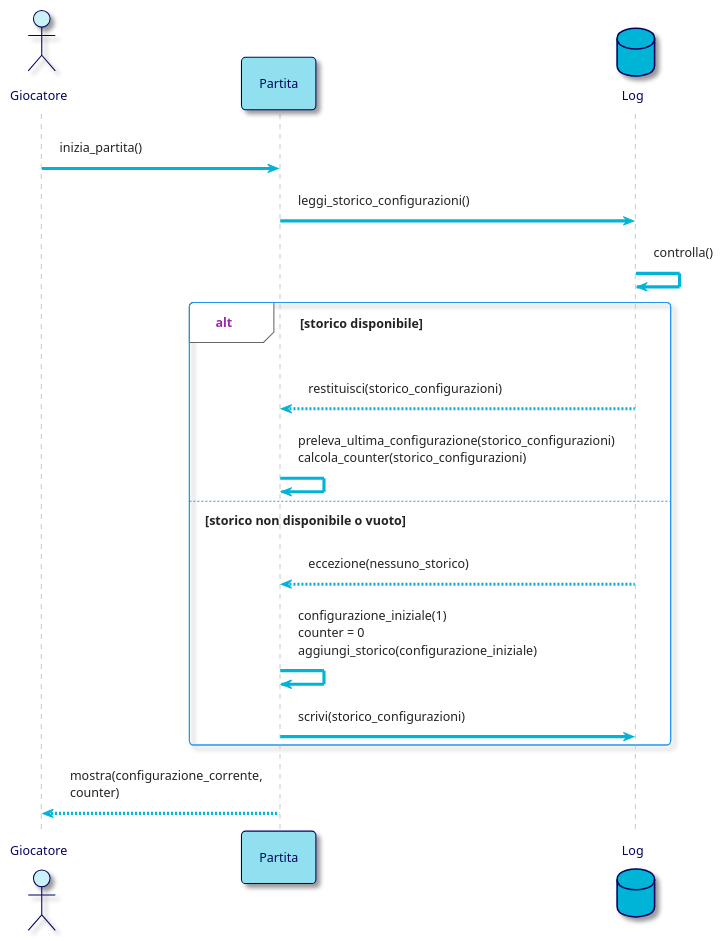
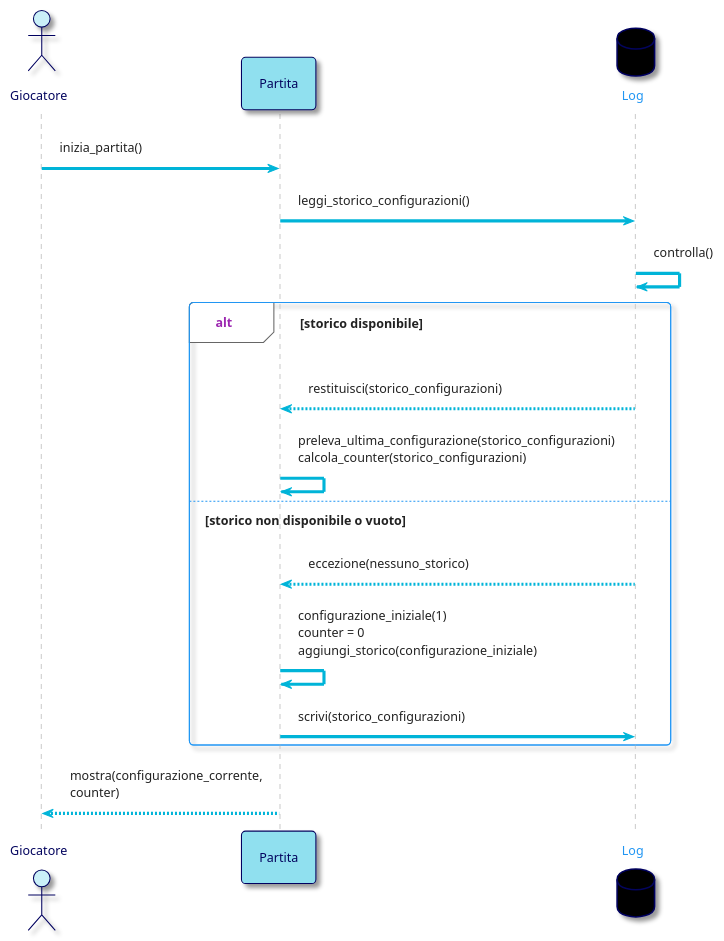
The diagram in resources/code/internalSequenceDiagram(inizia_partita()).plantuml (bellins14/klotski_gruppo2), drawn with PlantUML before and after one commit. The commit also changed 13 other files, not shown here.

```diff
--- a/resources/code/internalSequenceDiagram(inizia_partita()).plantuml
+++ b/resources/code/internalSequenceDiagram(inizia_partita()).plantuml
@@ -1,37 +1,37 @@
 @startuml
 !theme materia-outline
 
 skinparam ArrowColor #00B4D8
 skinparam ActorBorderColor #03045E
 skinparam ActorFontColor #03045E
 skinparam ActorBackgroundColor #CAF0F8
 skinparam ParticipantFontColor #03045E
 skinparam ParticipantBorderColor #03045E
 skinparam ParticipantBackgroundColor #90E0EF
 skinparam DatabaseBorderColor #03045E
-skinparam DatabaseBackgroundColor #00B4D8
-skinparam DatabaseFontColor #03045E
+skinparam DatabaseBackgroundColor #0
+skinparam BackgroundColor #FFFFFF
 
 actor Giocatore
 participant Partita
 database Log
 
 Giocatore -> Partita: inizia_partita()
 
 Partita -> Log: leggi_storico_configurazioni()
 Log -> Log: controlla()
 
 
 alt storico disponibile
     Log --> Partita: restituisci(storico_configurazioni)
     Partita -> Partita: preleva_ultima_configurazione(storico_configurazioni) \ncalcola_counter(storico_configurazioni)
 
 else storico non disponibile o vuoto
     Log --> Partita: eccezione(nessuno_storico)
     Partita -> Partita: configurazione_iniziale(1) \ncounter = 0 \naggiungi_storico(configurazione_iniziale)
     Partita -> Log: scrivi(storico_configurazioni)
 end
 
 Partita --> Giocatore: mostra(configurazione_corrente,\ncounter)
 
 @enduml
```
